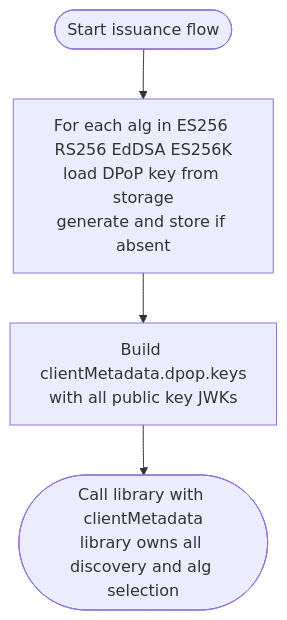
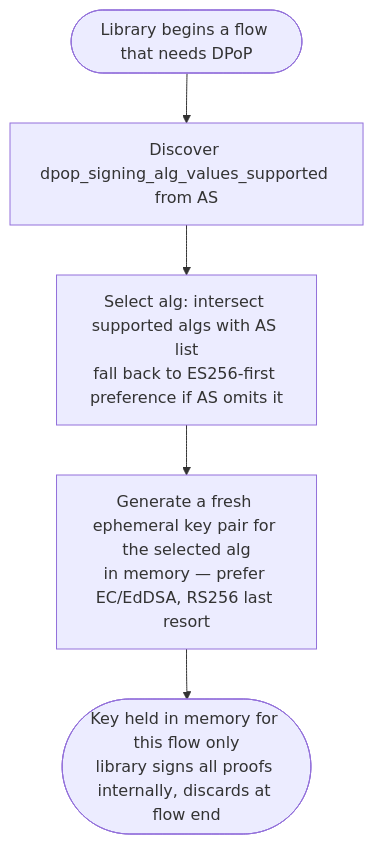
One commit to inji/inji-wallet changed the first of 8 diagrams in docs/# ADR: DPoP Sender-Constrained Access To.md. Above: the diagram before and after it, drawn with Mermaid. The commit also changed other lines of this file, not shown here.

First line of the commit message:
docs(dpop): rework ADR — library owns DPoP end-to-end with ephemeral keys

````diff
--- a/docs/# ADR: DPoP Sender-Constrained Access To.md
+++ b/docs/# ADR: DPoP Sender-Constrained Access To.md
@@ -210,6 +174,7 @@
 ```mermaid
 flowchart TD
-    A([Start issuance flow]) --> G[For each alg in ES256 RS256 EdDSA ES256K\nload DPoP key from storage\ngenerate and store if absent]
-    G --> H[Build clientMetadata.dpop.keys\nwith all public key JWKs]
-    H --> K([Call library with clientMetadata\nlibrary owns all discovery and alg selection])
+    A([Library begins a flow that needs DPoP]) --> B[Discover dpop_signing_alg_values_supported from AS]
+    B --> C[Select alg: intersect supported algs with AS list\nfall back to ES256-first preference if AS omits it]
+    C --> D[Generate a fresh ephemeral key pair for the selected alg\nin memory — prefer EC/EdDSA, RS256 last resort]
+    D --> E([Key held in memory for this flow only\nlibrary signs all proofs internally, discards at flow end])
 ```
````
